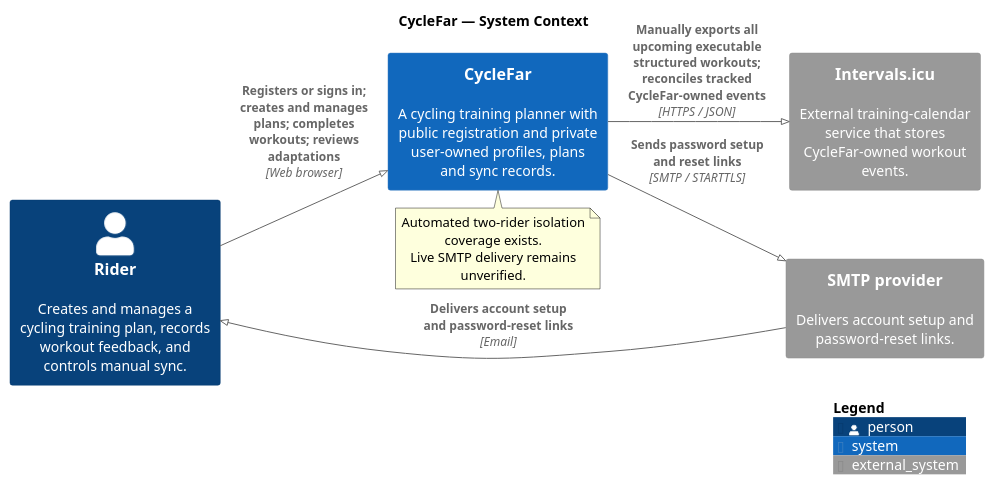
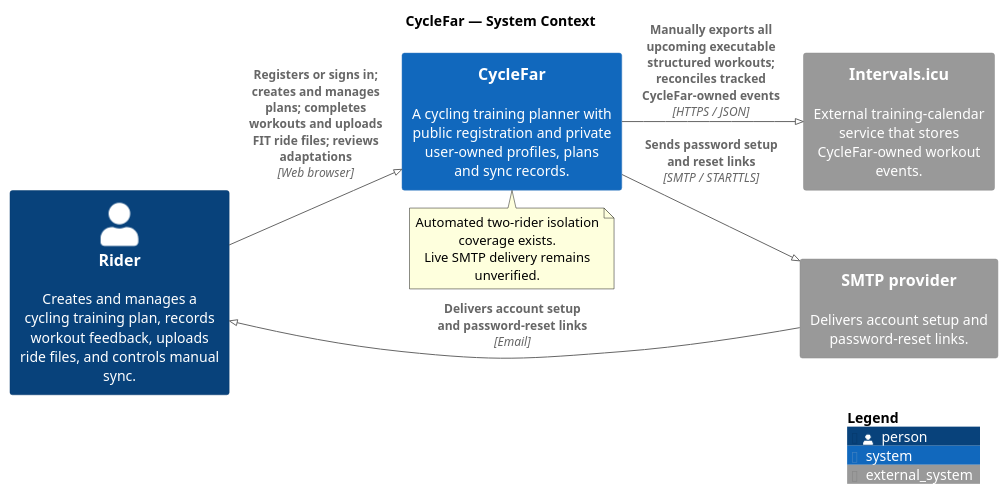
The diagram in docs/diagrams/context-cyclefar-system.puml (richardhartme/cyclefar), drawn with PlantUML before and after one commit. The commit also changed 12 other files, not shown here.

First line of the commit message:
Add ride file diagram and refresh docs for FBK-004

```diff
--- a/docs/diagrams/context-cyclefar-system.puml
+++ b/docs/diagrams/context-cyclefar-system.puml
@@ -1,28 +1,28 @@
 @startuml
 !pragma layout smetana
 ' Scope and limitations: README.md
 !include https://raw.githubusercontent.com/plantuml-stdlib/C4-PlantUML/master/C4_Context.puml
 
 title CycleFar — System Context
 
 LAYOUT_LEFT_RIGHT()
 
-Person(rider, "Rider", "Creates and manages a cycling training plan, records workout feedback, and controls manual sync.")
+Person(rider, "Rider", "Creates and manages a cycling training plan, records workout feedback, uploads ride files, and controls manual sync.")
 
 System(cyclefar, "CycleFar", "A cycling training planner with public registration and private user-owned profiles, plans and sync records.")
 
 System_Ext(intervals_icu, "Intervals.icu", "External training-calendar service that stores CycleFar-owned workout events.")
 System_Ext(smtp, "SMTP provider", "Delivers account setup and password-reset links.")
 
-Rel(rider, cyclefar, "Registers or signs in; creates and manages plans; completes workouts; reviews adaptations", "Web browser")
+Rel(rider, cyclefar, "Registers or signs in; creates and manages plans; completes workouts and uploads FIT ride files; reviews adaptations", "Web browser")
 Rel(cyclefar, intervals_icu, "Manually exports all upcoming executable structured workouts; reconciles tracked CycleFar-owned events", "HTTPS / JSON")
 Rel(cyclefar, smtp, "Sends password setup and reset links", "SMTP / STARTTLS")
 Rel(smtp, rider, "Delivers account setup and password-reset links", "Email")
 
 note bottom of cyclefar
   Automated two-rider isolation coverage exists.
   Live SMTP delivery remains unverified.
 end note
 
 SHOW_LEGEND()
 @enduml
```
